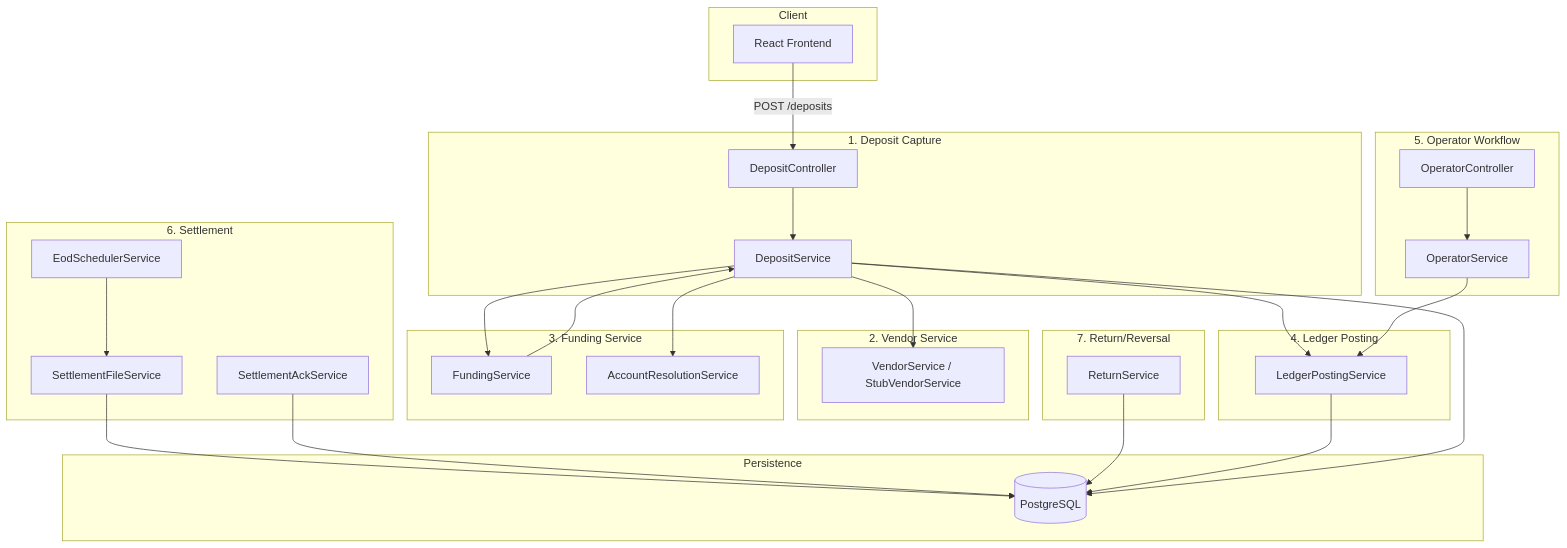
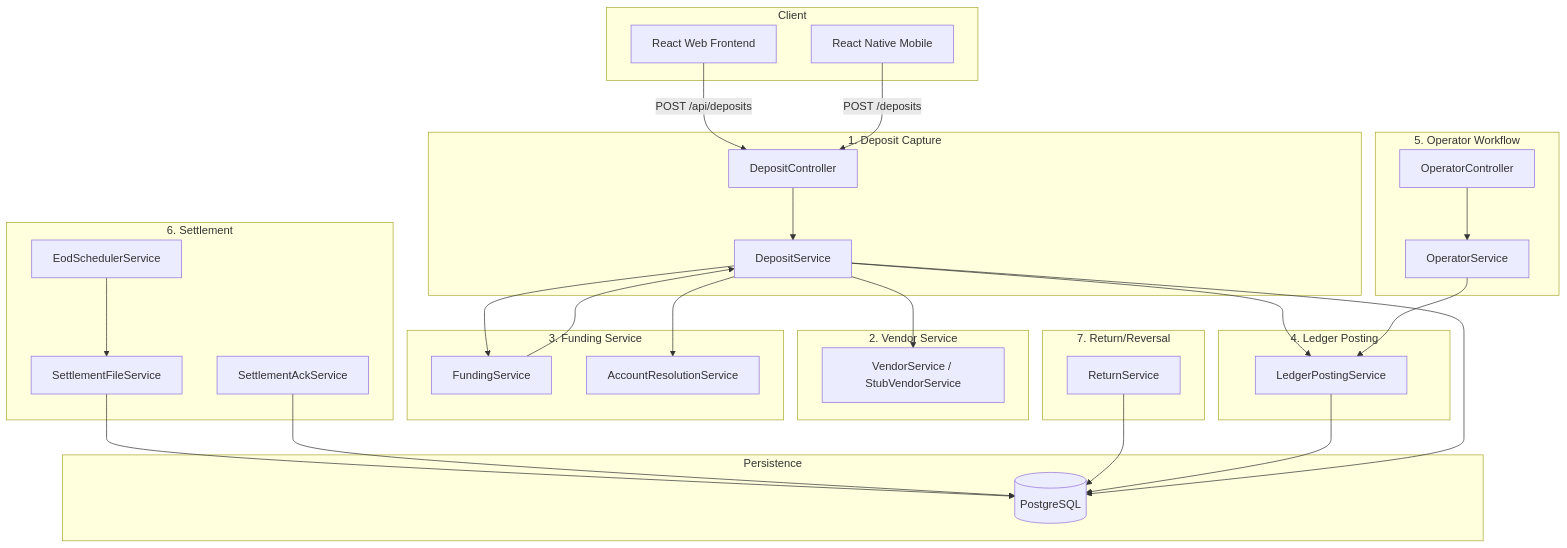
One commit to jack0lantern/check-scanner-apex changed the first of 2 diagrams in docs/architecture.md. Above: the diagram before and after it, drawn with Mermaid. The commit also changed other lines of this file and 58 other files, not shown here.

````diff
--- a/docs/architecture.md
+++ b/docs/architecture.md
@@ -13,59 +15,61 @@
 ```mermaid
 flowchart TB
     subgraph Client
-        React[React Frontend]
+        React[React Web Frontend]
+        Mobile[React Native Mobile]
     end
 
     subgraph "1. Deposit Capture"
         DC[DepositController]
         DS[DepositService]
     end
 
     subgraph "2. Vendor Service"
         VS[VendorService / StubVendorService]
     end
 
     subgraph "3. Funding Service"
         FS[FundingService]
         ARS[AccountResolutionService]
     end
 
     subgraph "4. Ledger Posting"
         LPS[LedgerPostingService]
     end
 
     subgraph "5. Operator Workflow"
         OS[OperatorService]
         OC[OperatorController]
     end
 
     subgraph "6. Settlement"
         EOD[EodSchedulerService]
         SFS[SettlementFileService]
         SAS[SettlementAckService]
     end
 
     subgraph "7. Return/Reversal"
         RS[ReturnService]
     end
 
     subgraph Persistence
         DB[(PostgreSQL)]
     end
 
-    React -->|POST /deposits| DC
+    React -->|POST /api/deposits| DC
+    Mobile -->|POST /deposits| DC
     DC --> DS
     DS --> VS
     DS --> FS
     DS --> ARS
     FS --> DS
     DS --> LPS
     OC --> OS
     OS --> LPS
     EOD --> SFS
     SFS --> DB
     SAS --> DB
     RS --> DB
     LPS --> DB
     DS --> DB
 ```
````
